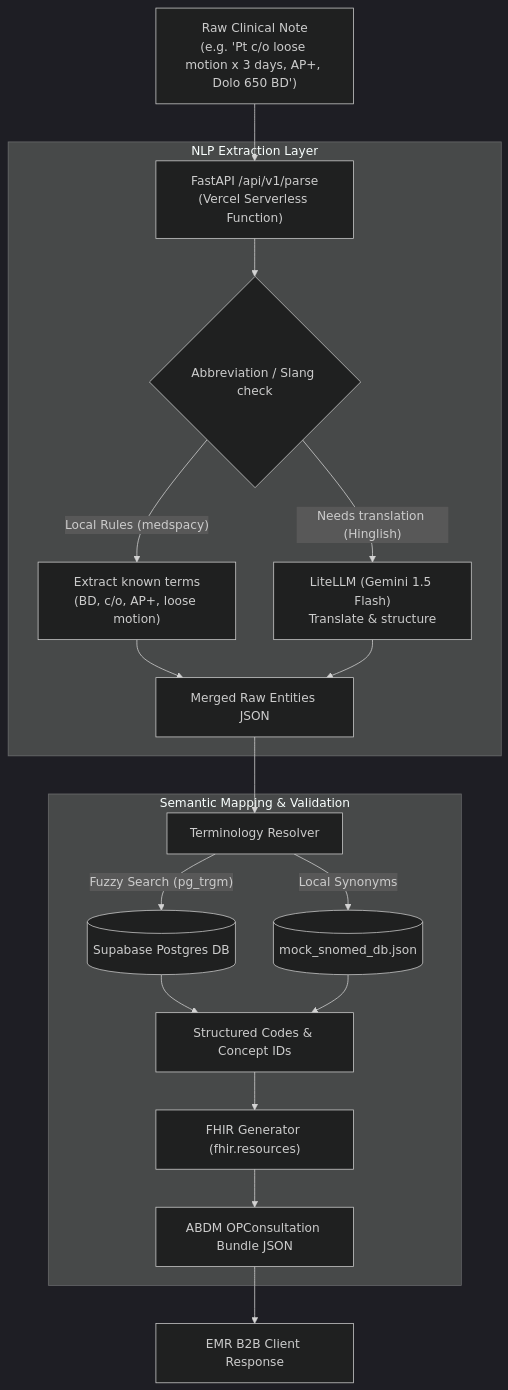
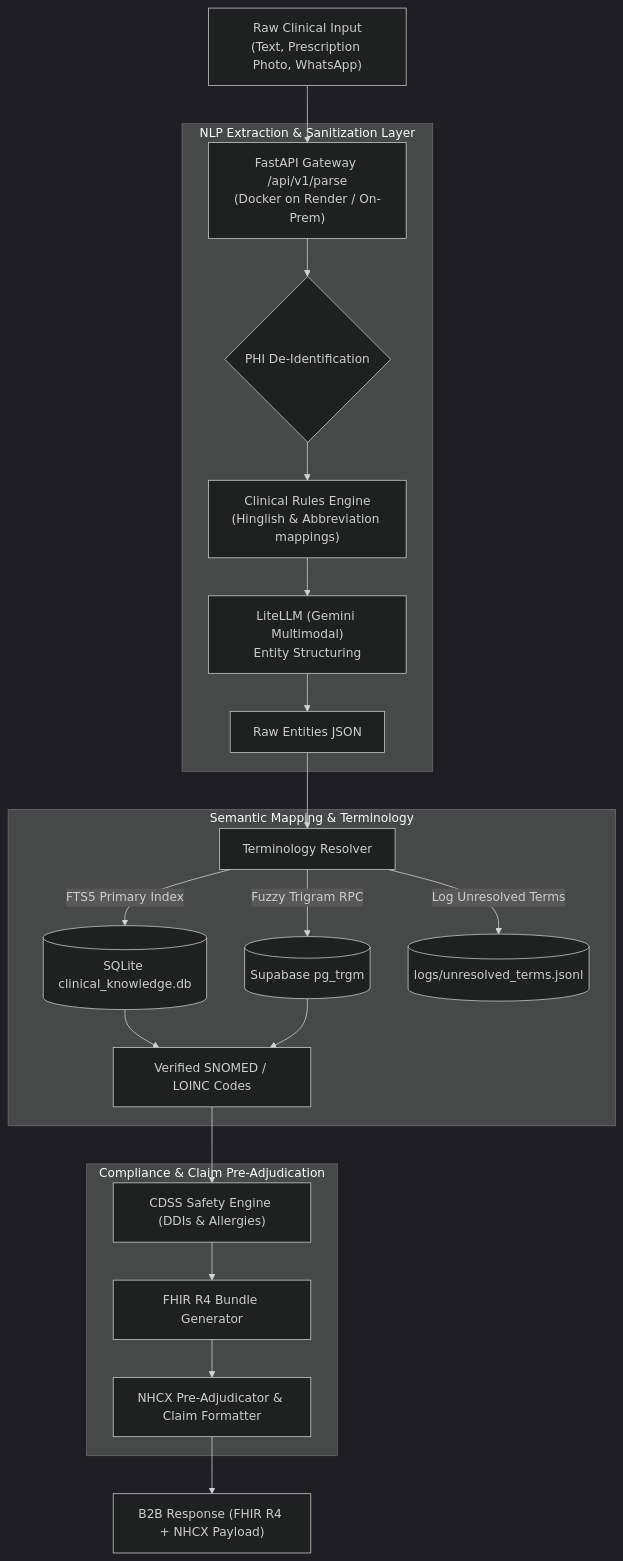
The diagram in eagles_eye_view.md (safevoice009/snomed-ct), drawn with Mermaid (dark theme) before and after one commit. The commit also changed other lines of this file and 25 other files, not shown here.

Commit message:
feat(phase-1): complete real architecture rebuild per MASTER_DIRECTIVE.md

````diff
--- a/eagles_eye_view.md
+++ b/eagles_eye_view.md
@@ -11,25 +12,29 @@
 ```mermaid
 flowchart TD
-    A["Raw Clinical Note<br>(e.g. 'Pt c/o loose motion x 3 days, AP+, Dolo 650 BD')"] 
-    --> B["FastAPI /api/v1/parse<br>(Vercel Serverless Function)"]
+    A["Raw Clinical Input<br>(Text, Prescription Photo, WhatsApp)"] 
+    --> B["FastAPI Gateway /api/v1/parse<br>(Docker on Render / On-Prem)"]
     
-    subgraph "NLP Extraction Layer"
-        B --> C{"Abbreviation / Slang check"}
-        C -->|"Local Rules (medspacy)"| D["Extract known terms<br>(BD, c/o, AP+, loose motion)"]
-        C -->|"Needs translation (Hinglish)"| E["LiteLLM (Gemini 1.5 Flash)<br>Translate & structure"]
-        D --> F["Merged Raw Entities JSON"]
-        E --> F
+    subgraph "NLP Extraction & Sanitization Layer"
+        B --> C{"PHI De-Identification"}
+        C --> D["Clinical Rules Engine<br>(Hinglish & Abbreviation mappings)"]
+        D --> E["LiteLLM (Gemini Multimodal)<br>Entity Structuring"]
+        E --> F["Raw Entities JSON"]
     end
 
-    subgraph "Semantic Mapping & Validation"
+    subgraph "Semantic Mapping & Terminology"
         F --> G["Terminology Resolver"]
-        G -->|"Fuzzy Search (pg_trgm)"| H[("Supabase Postgres DB")]
-        G -->|"Local Synonyms"| I[("mock_snomed_db.json")]
-        H --> J["Structured Codes & Concept IDs"]
-        I --> J
-        J --> K["FHIR Generator (fhir.resources)"]
-        K --> L["ABDM OPConsultation Bundle JSON"]
+        G -->|"FTS5 Primary Index"| H[("SQLite clinical_knowledge.db")]
+        G -->|"Fuzzy Trigram RPC"| I[("Supabase pg_trgm")]
+        G -->|"Log Unresolved Terms"| J[("logs/unresolved_terms.jsonl")]
+        H --> K["Verified SNOMED / LOINC Codes"]
+        I --> K
+    end
+
+    subgraph "Compliance & Claim Pre-Adjudication"
+        K --> L["CDSS Safety Engine (DDIs & Allergies)"]
+        L --> M["FHIR R4 Bundle Generator"]
+        M --> N["NHCX Pre-Adjudicator & Claim Formatter"]
     end
     
-    L --> M["EMR B2B Client Response"]
+    N --> O["B2B Response (FHIR R4 + NHCX Payload)"]
 ```
````
